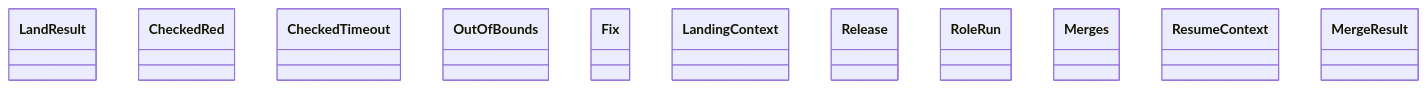
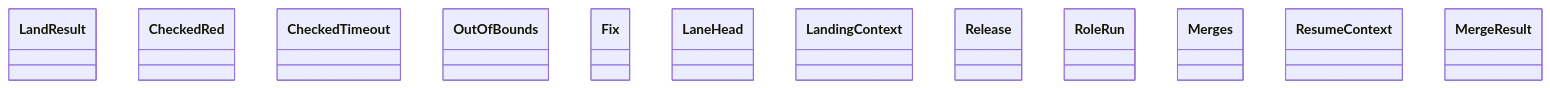
One commit to GonzaloZevallos/agentic-system changed the diagram in docs/architecture/generated/classes-process-application-landing.md. Above: the diagram before and after it, drawn with Mermaid. The commit also changed 6 other files, not shown here.

First line of the commit message:
Add landing_lane.lane_facts: the fast lane's facts, read and never decided

````diff
--- a/docs/architecture/generated/classes-process-application-landing.md
+++ b/docs/architecture/generated/classes-process-application-landing.md
@@ -18,14 +18,15 @@
 ```mermaid
 classDiagram
     class landing__LandResult["LandResult"]
     class landing_adr__CheckedRed["CheckedRed"]
     class landing_adr__CheckedTimeout["CheckedTimeout"]
     class landing_adr__OutOfBounds["OutOfBounds"]
     class landing_fix__Fix["Fix"]
+    class landing_lane__LaneHead["LaneHead"]
     class landing_plan__LandingContext["LandingContext"]
     class landing_plan__Release["Release"]
     class landing_plan__RoleRun["RoleRun"]
     class landing_sync__Merges["Merges"]
     class landing_sync__ResumeContext["ResumeContext"]
     class merge__MergeResult["MergeResult"]
 ```
````
